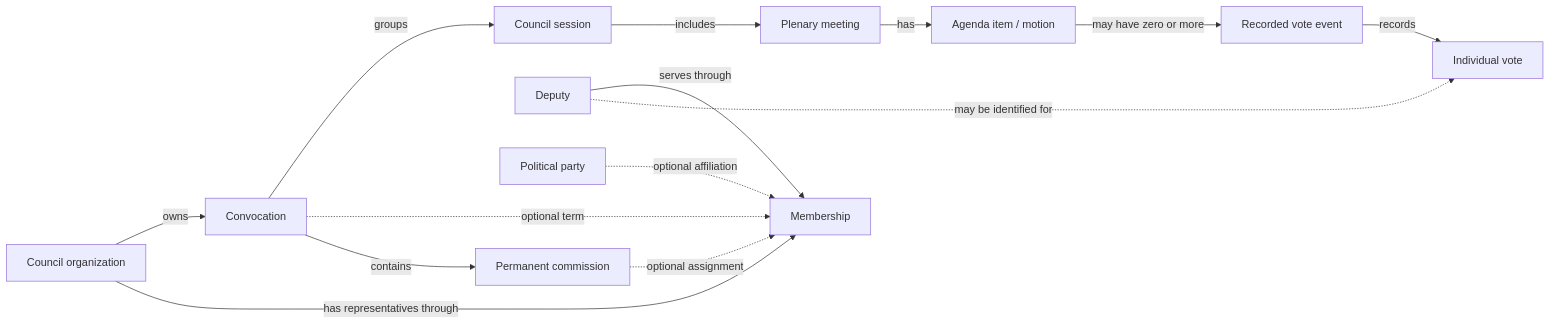
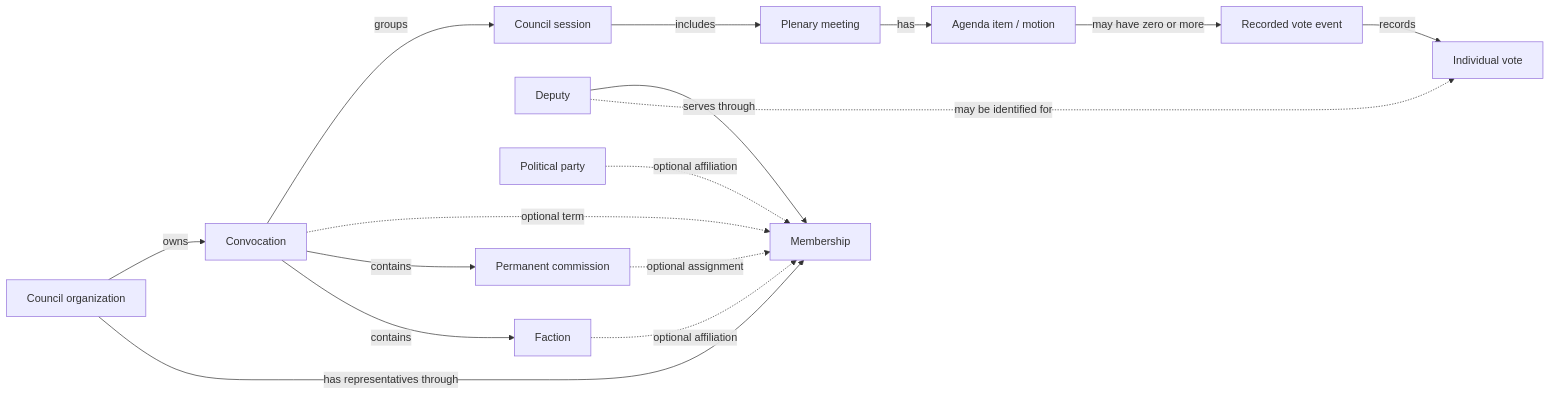
One commit to andriymiz/rada changed the first of 2 diagrams in docs/architecture/meetings.md. Above: the diagram before and after it, drawn with Mermaid. The commit also changed other lines of this file and 7 other files, not shown here.

````diff
--- a/docs/architecture/meetings.md
+++ b/docs/architecture/meetings.md
@@ -11,28 +11,31 @@
 ```mermaid
 flowchart LR
     Organization[Council organization]
     Convocation[Convocation]
     Session[Council session]
     Meeting[Plenary meeting]
     Deputy[Deputy]
     Membership[Membership]
     Party[Political party]
     Commission[Permanent commission]
+    Faction[Faction]
     Motion[Agenda item / motion]
     VoteEvent[Recorded vote event]
     Vote[Individual vote]
 
     Organization -->|owns| Convocation
     Convocation -->|groups| Session
     Session -->|includes| Meeting
     Deputy -->|serves through| Membership
     Organization -->|has representatives through| Membership
     Convocation -. optional term .-> Membership
     Party -. optional affiliation .-> Membership
     Commission -. optional assignment .-> Membership
+    Faction -. optional affiliation .-> Membership
     Convocation -->|contains| Commission
+    Convocation -->|contains| Faction
     Meeting -->|has| Motion
     Motion -->|may have zero or more| VoteEvent
     VoteEvent -->|records| Vote
     Deputy -. may be identified for .-> Vote
 ```
````
